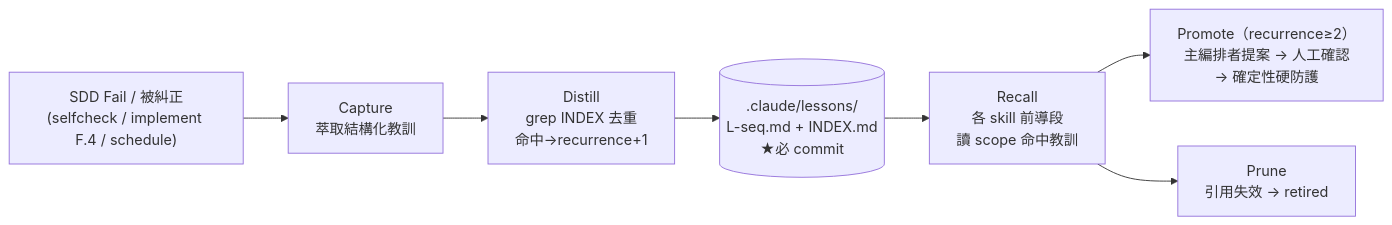
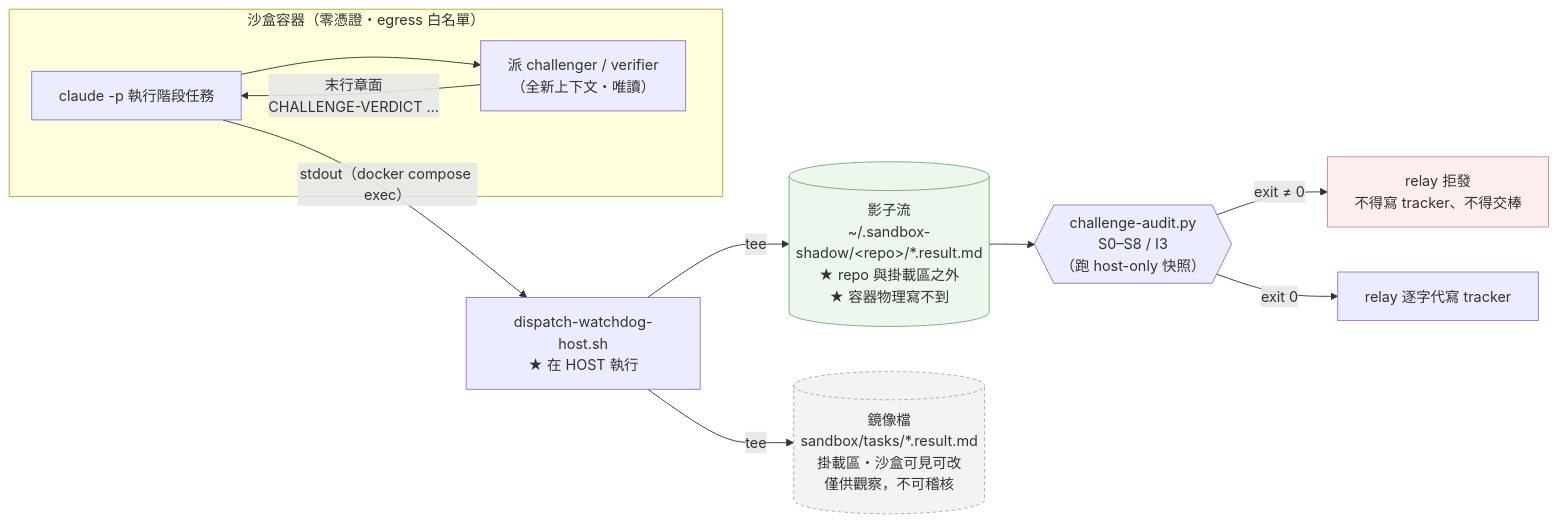
Before and after one commit to bibirock/spex: the fourth of 5 diagrams in README.md, drawn with Mermaid. The commit also changed other lines of this file and 19 other files, not shown here.

````diff
--- a/README.md
+++ b/README.md
@@ -485,9 +449,21 @@
 ```mermaid
 flowchart LR
-    F["SDD Fail / 被糾正<br/>(selfcheck / implement F.4 / schedule)"] --> C["Capture<br/>萃取結構化教訓"]
-    C --> D["Distill<br/>grep INDEX 去重<br/>命中→recurrence+1"]
-    D --> ST[(".claude/lessons/<br/>L-seq.md + INDEX.md<br/>★必 commit")]
-    ST --> R["Recall<br/>各 skill 前導段<br/>讀 scope 命中教訓"]
-    R --> PM["Promote（recurrence≥2）<br/>主編排者提案 → 人工確認<br/>→ 確定性硬防護"]
-    R --> PR2["Prune<br/>引用失效 → retired"]
+    subgraph SB["沙盒容器（零憑證・egress 白名單）"]
+        C["claude -p 執行階段任務"]
+        CH["派 challenger / verifier<br/>（全新上下文・唯讀）"]
+        C --> CH
+        CH -->|"末行章面<br/>CHALLENGE-VERDICT …"| C
+    end
+
+    C -->|"stdout（docker compose exec）"| WD["dispatch-watchdog-host.sh<br/>★ 在 HOST 執行"]
+    WD -->|"tee"| SH[("影子流<br/>~/.sandbox-shadow/&lt;repo&gt;/*.result.md<br/>★ repo 與掛載區之外<br/>★ 容器物理寫不到")]
+    WD -->|"tee"| MI[("鏡像檔<br/>sandbox/tasks/*.result.md<br/>掛載區・沙盒可見可改<br/>僅供觀察，不可稽核")]
+
+    SH --> AU{{"challenge-audit.py<br/>S0–S8 / I3<br/>（跑 host-only 快照）"}}
+    AU -->|"exit ≠ 0"| BLK["relay 拒發<br/>不得寫 tracker、不得交棒"]
+    AU -->|"exit 0"| RL["relay 逐字代寫 tracker"]
+
+    style SH fill:#eef7ee,stroke:#79a879
+    style MI fill:#f3f3f3,stroke:#aaa,stroke-dasharray: 4 3
+    style BLK fill:#fdeeee,stroke:#d08a8a
 ```
````
